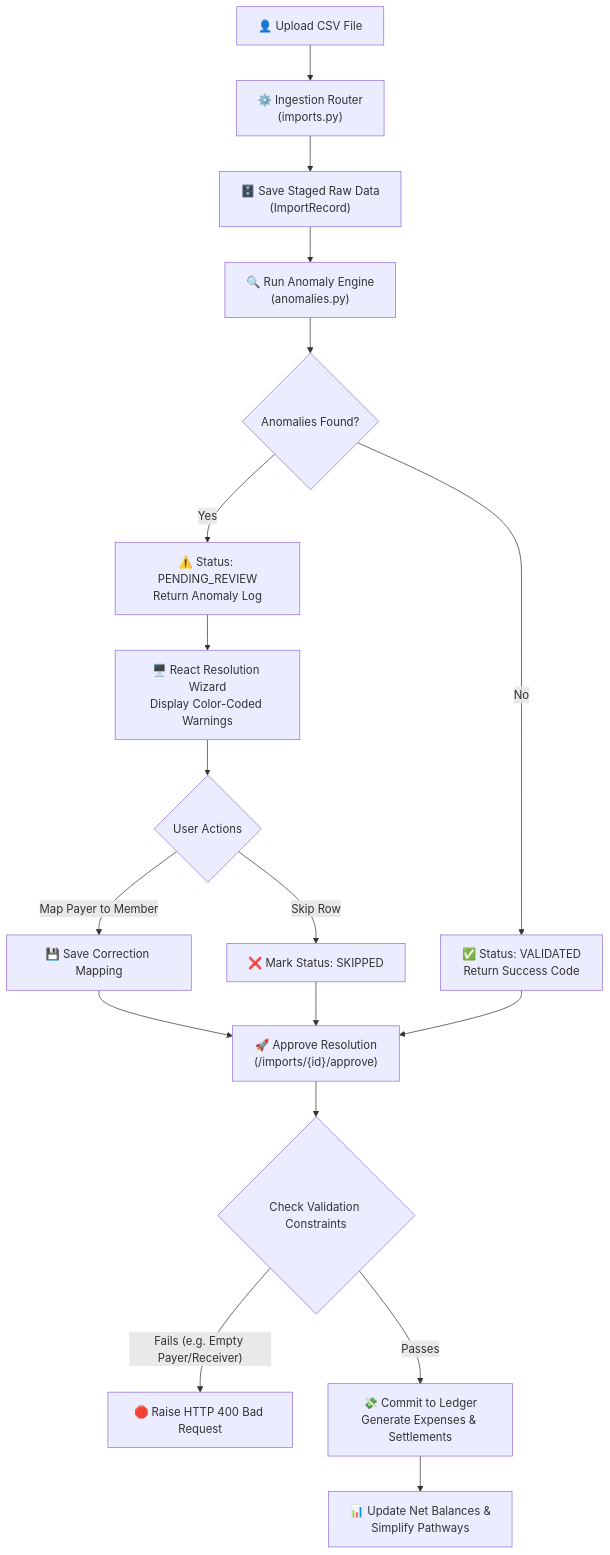
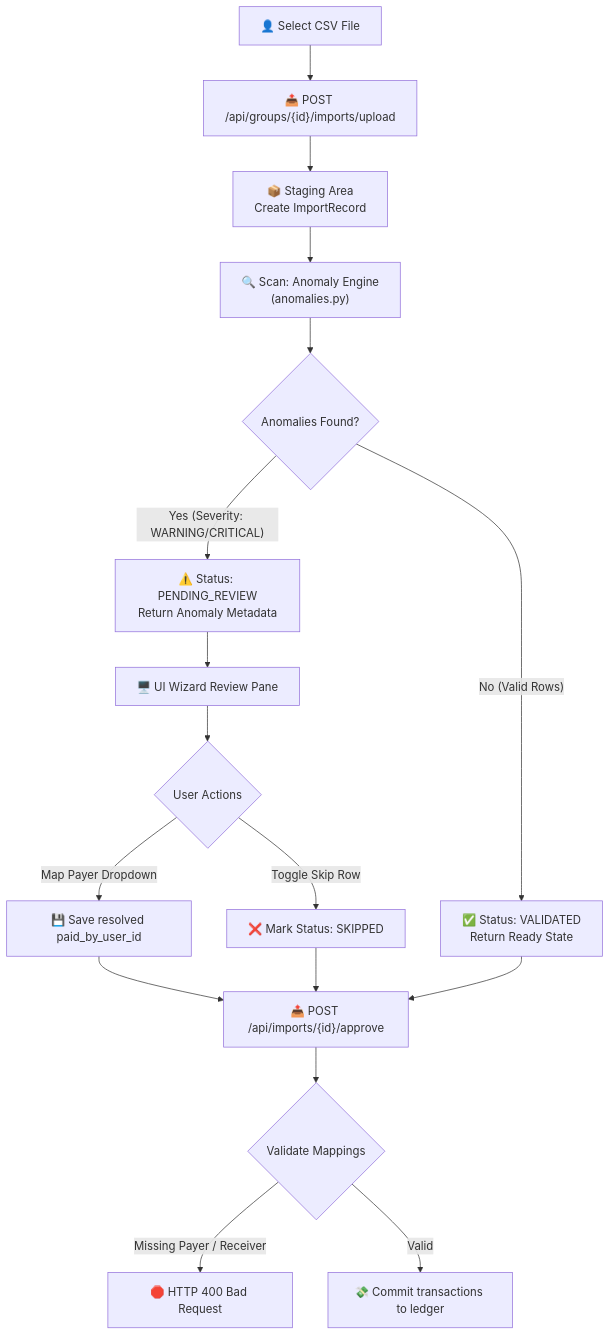
The diagram in README.md (PavanKalyan1430/AI-SPLIT-EXPENSER), drawn with Mermaid before and after one commit. The commit also changed other lines of this file and 1 other file, not shown here.

Commit message:
docs: finalize README with customized banner image and clean system architecture details

````diff
--- a/README.md
+++ b/README.md
@@ -86,24 +87,23 @@
 ```mermaid
 flowchart TD
-    A["👤 Upload CSV File"] --> B["⚙️ Ingestion Router<br/>(imports.py)"]
-    B --> C["🗄️ Save Staged Raw Data<br/>(ImportRecord)"]
-    C --> D["🔍 Run Anomaly Engine<br/>(anomalies.py)"]
+    A["👤 Select CSV File"] --> B["📤 POST /api/groups/{id}/imports/upload"]
+    B --> C["📦 Staging Area<br/>Create ImportRecord"]
+    C --> D["🔍 Scan: Anomaly Engine<br/>(anomalies.py)"]
+    
     D --> E{"Anomalies Found?"}
-    E -->|"Yes"| F["⚠️ Status: PENDING_REVIEW<br/>Return Anomaly Log"]
-    E -->|"No"| G["✅ Status: VALIDATED<br/>Return Success Code"]
+    E -->|"Yes (Severity: WARNING/CRITICAL)"| F["⚠️ Status: PENDING_REVIEW<br/>Return Anomaly Metadata"]
+    E -->|"No (Valid Rows)"| G["✅ Status: VALIDATED<br/>Return Ready State"]
     
-    F --> H["🖥️ React Resolution Wizard<br/>Display Color-Coded Warnings"]
+    F --> H["🖥️ UI Wizard Review Pane"]
     H --> I{"User Actions"}
-    I -->|"Map Payer to Member"| J["💾 Save Correction Mapping"]
-    I -->|"Skip Row"| K["❌ Mark Status: SKIPPED"]
+    I -->|"Map Payer Dropdown"| J["💾 Save resolved paid_by_user_id"]
+    I -->|"Toggle Skip Row"| K["❌ Mark Status: SKIPPED"]
     
-    J --> L["🚀 Approve Resolution<br/>(/imports/{id}/approve)"]
+    J --> L["📤 POST /api/imports/{id}/approve"]
     K --> L
     G --> L
     
-    L --> M{"Check Validation Constraints"}
-    M -->|"Fails (e.g. Empty Payer/Receiver)"| N["🛑 Raise HTTP 400 Bad Request"]
-    M -->|"Passes"| O["💸 Commit to Ledger<br/>Generate Expenses & Settlements"]
-    
-    O --> P["📊 Update Net Balances &<br/>Simplify Pathways"]
+    L --> M{"Validate Mappings"}
+    M -->|"Missing Payer / Receiver"| N["🛑 HTTP 400 Bad Request"]
+    M -->|"Valid"| O["💸 Commit transactions to ledger"]
 ```
````
